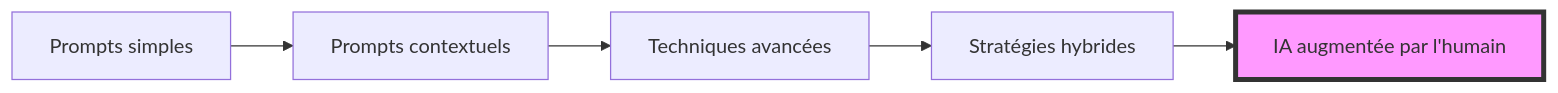
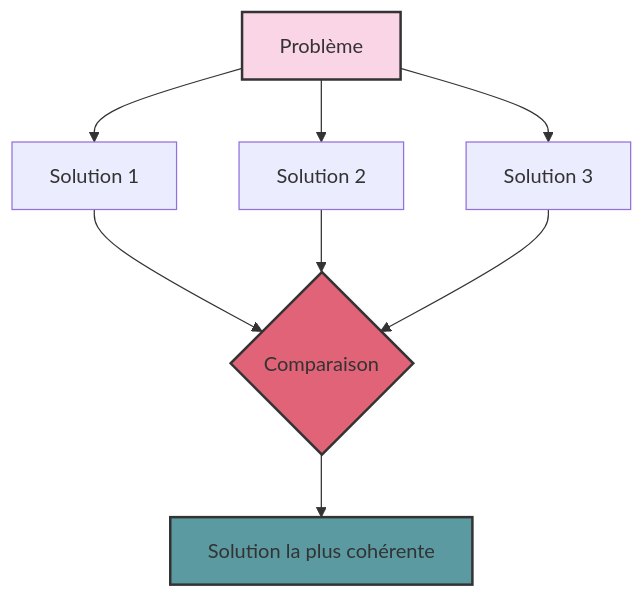
The fifth of 7 diagrams in README.md (FeelTheFonk/TechnicalPrompting), drawn with Mermaid before and after one commit. The commit also changed other lines of this file, not shown here.

````diff
--- a/README.md
+++ b/README.md
@@ -46,8 +228,13 @@
 ```mermaid
-graph LR
-    A[Prompts simples] --> B[Prompts contextuels]
-    B --> C[Techniques avancées]
-    C --> D[Stratégies hybrides]
-    D --> E[IA augmentée par l'humain]
-    style E fill:#f9f,stroke:#333,stroke-width:4px
+graph TD
+    A[Problème] --> B[Solution 1]
+    A --> C[Solution 2]
+    A --> D[Solution 3]
+    B --> E{Comparaison}
+    C --> E
+    D --> E
+    E --> F[Solution la plus cohérente]
+    style A fill:#f9d5e5,stroke:#333,stroke-width:2px
+    style E fill:#e06377,stroke:#333,stroke-width:2px
+    style F fill:#5b9aa0,stroke:#333,stroke-width:2px
 ```
````
